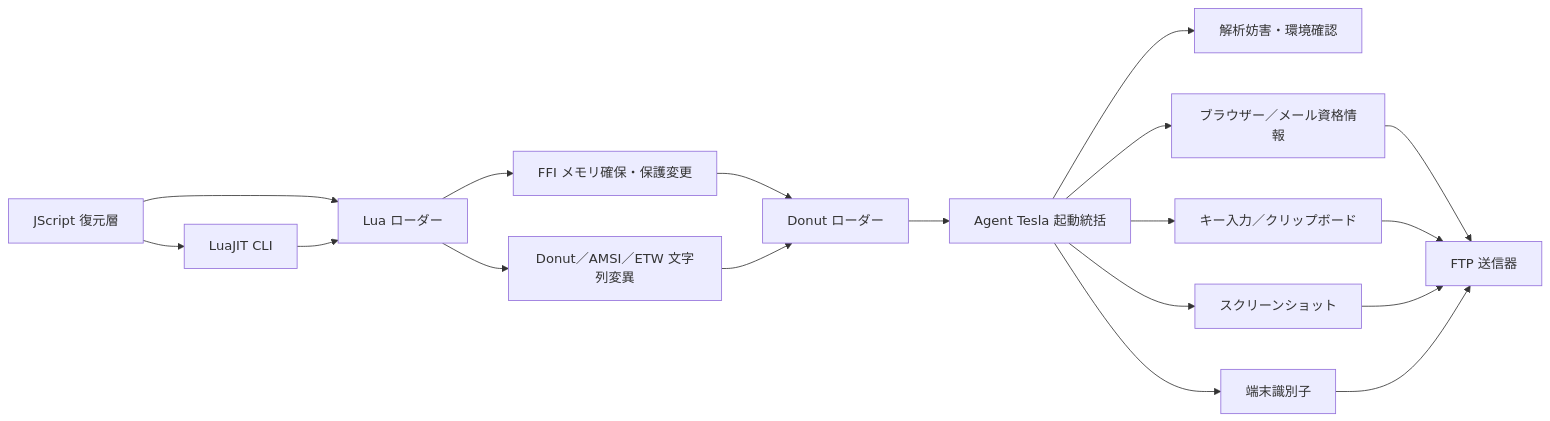
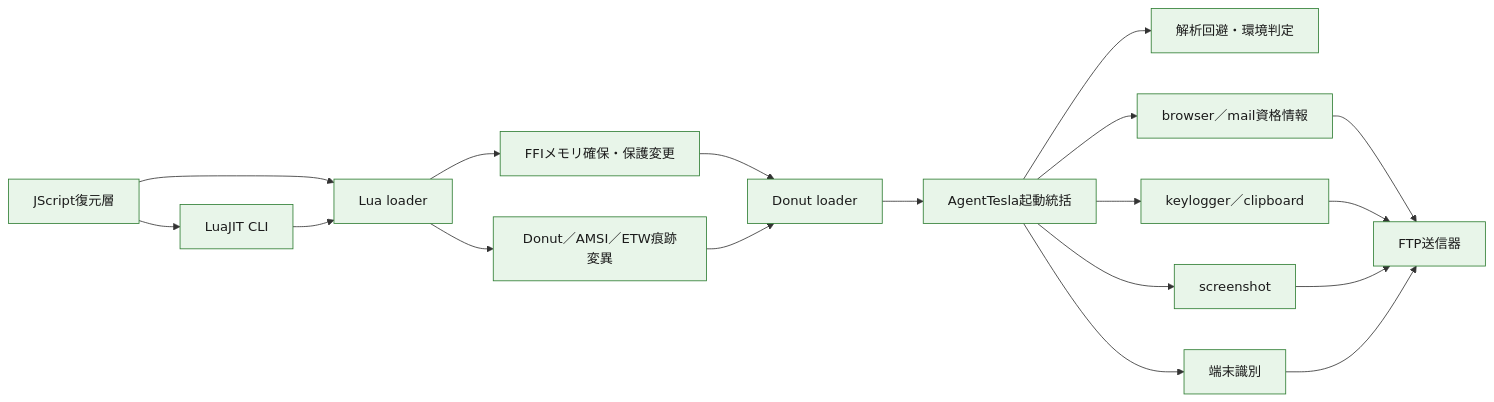
One commit to proshiba/AI-security-analysis changed the third of 3 diagrams in analysis-results/malware/agenttesla/versions/2026-07-js-luajit-donut-ftp/cases/3f09145757282e6a59cd69319ac3b9da3265022a1d4f92a1646f8ddbaad89333/OVERALL-LOGIC.md. Above: the diagram before and after it, drawn with Mermaid. The commit also changed other lines of this file and 18 other files, not shown here.

Commit message:
静的解析図とロジック類似性比較を標準化

````diff
--- a/analysis-results/malware/agenttesla/versions/2026-07-js-luajit-donut-ftp/cases/3f09145757282e6a59cd69319ac3b9da3265022a1d4f92a1646f8ddbaad89333/OVERALL-LOGIC.md
+++ b/analysis-results/malware/agenttesla/versions/2026-07-js-luajit-donut-ftp/cases/3f09145757282e6a59cd69319ac3b9da3265022a1d4f92a1646f8ddbaad89333/OVERALL-LOGIC.md
@@ -28,20 +44,24 @@
 ```mermaid
 flowchart LR
-    JS["JScript 復元層"] --> LJ["LuaJIT CLI"]
-    JS --> LUA["Lua ローダー"]
-    LJ --> LUA
-    LUA --> MEM["FFI メモリ確保・保護変更"]
-    LUA --> MUT["Donut／AMSI／ETW 文字列変異"]
-    MEM --> DONUT["Donut ローダー"]
-    MUT --> DONUT
-    DONUT --> CORE["Agent Tesla 起動統括"]
-    CORE --> ANTI["解析妨害・環境確認"]
-    CORE --> CREDS["ブラウザー／メール資格情報"]
-    CORE --> INPUT["キー入力／クリップボード"]
-    CORE --> SCREEN["スクリーンショット"]
-    CORE --> HOST["端末識別子"]
-    CREDS --> FTP["FTP 送信器"]
-    INPUT --> FTP
-    SCREEN --> FTP
-    HOST --> FTP
+    module_01["JScript復元層"] --> module_02["LuaJIT CLI"]
+    module_01 --> module_03["Lua loader"]
+    module_02 --> module_03
+    module_03 --> module_04["FFIメモリ確保・保護変更"]
+    module_03 --> module_05["Donut／AMSI／ETW痕跡変異"]
+    module_04 --> module_06["Donut loader"]
+    module_05 --> module_06
+    module_06 --> module_07["AgentTesla起動統括"]
+    module_07 --> module_08["解析回避・環境判定"]
+    module_07 --> module_09["browser／mail資格情報"]
+    module_07 --> module_10["keylogger／clipboard"]
+    module_07 --> module_11["screenshot"]
+    module_07 --> module_12["端末識別"]
+    module_09 --> module_13["FTP送信器"]
+    module_10 --> module_13
+    module_11 --> module_13
+    module_12 --> module_13
+
+    class module_01,module_02,module_03,module_04,module_05,module_06,module_07,module_08,module_09,module_10,module_11,module_12,module_13 confirmed
+    classDef confirmed fill:#e8f5e9,stroke:#2e7d32,color:#1b1b1b
+    classDef unresolved fill:#fff8e1,stroke:#f9a825,color:#1b1b1b,stroke-dasharray:5 5
 ```
````
